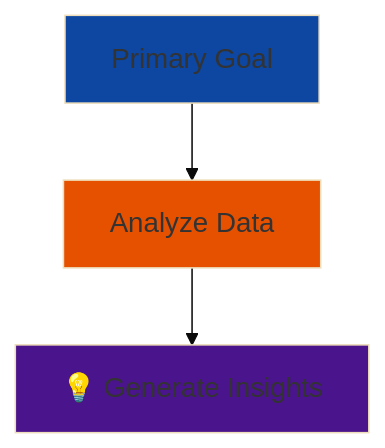
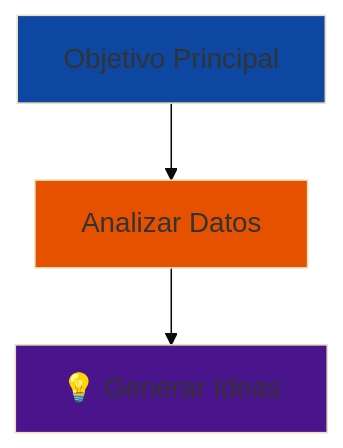
The fourth of 5 diagrams in courses/02-development/FPUNA-2026/DIAGRAM-STYLE-GUIDE.md (Ai-Whisperers/Courses-Content), drawn with Mermaid before and after one commit. The commit also changed other lines of this file and 1 other file, not shown here.

First line of the commit message:
feat(fpuna): translate DIAGRAM-STYLE-GUIDE.md to Spanish and fix README title

````diff
--- a/courses/02-development/FPUNA-2026/DIAGRAM-STYLE-GUIDE.md
+++ b/courses/02-development/FPUNA-2026/DIAGRAM-STYLE-GUIDE.md
@@ -199,10 +199,10 @@
 ```mermaid
 %%{init: {'theme':'base', 'themeVariables': {'fontSize':'18px'}}}%%
 graph TD
-    A[Primary Goal] --> B[Analyze Data]
-    B --> C[💡 Generate Insights]
+    A[Objetivo Principal] --> B[Analizar Datos]
+    B --> C[💡 Generar Ideas]
     
     style A fill:#0d47a1
     style B fill:#e65100
     style C fill:#4a148c
 ```
````
